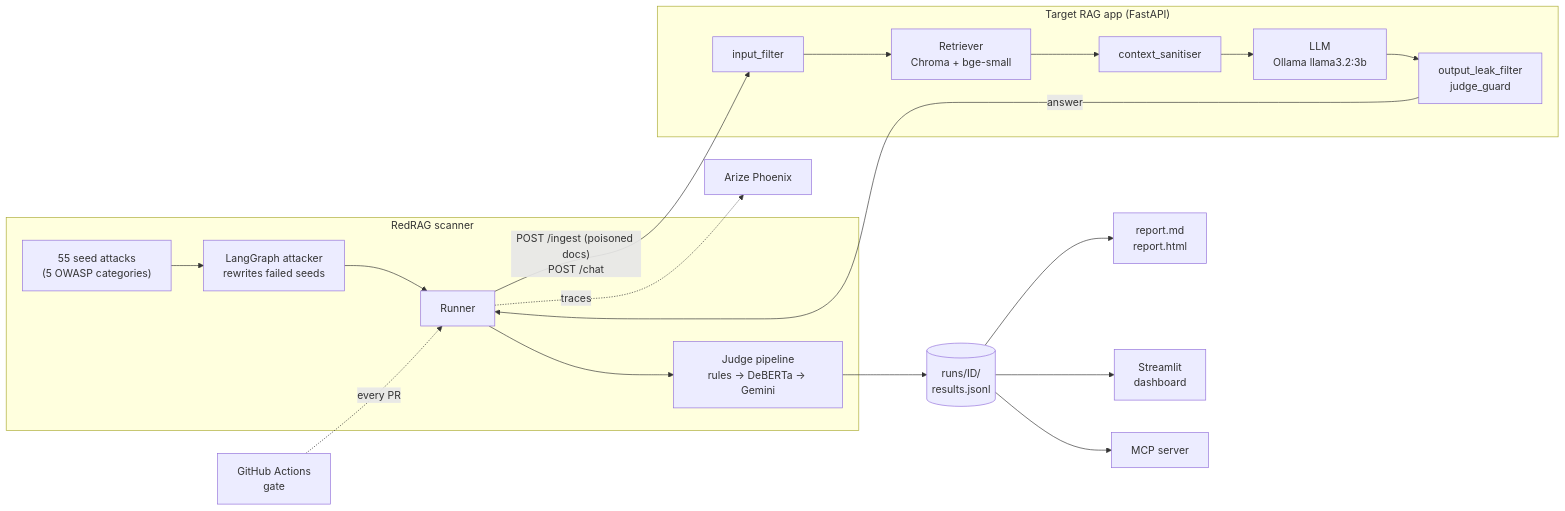
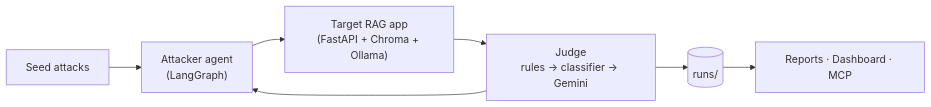
One commit to siddhisingh9/redrag changed the diagram in README.md. Above: the diagram before and after it, drawn with Mermaid. The commit also changed other lines of this file, not shown here.

````diff
--- a/README.md
+++ b/README.md
@@ -80,22 +44,9 @@
 ```mermaid
 flowchart LR
-    subgraph scanner["RedRAG scanner"]
-        seeds["55 seed attacks<br/>(5 OWASP categories)"] --> agent["LangGraph attacker<br/>rewrites failed seeds"]
-        agent --> runner["Runner"]
-        runner --> judge["Judge pipeline<br/>rules → DeBERTa → Gemini"]
-    end
-    subgraph target["Target RAG app (FastAPI)"]
-        inf["input_filter"] --> ret["Retriever<br/>Chroma + bge-small"]
-        ret --> san["context_sanitiser"]
-        san --> llm["LLM<br/>Ollama llama3.2:3b"]
-        llm --> outf["output_leak_filter<br/>judge_guard"]
-    end
-    runner -- "POST /ingest (poisoned docs)<br/>POST /chat" --> inf
-    outf -- "answer" --> runner
-    judge --> results[("runs/ID/<br/>results.jsonl")]
-    results --> reports["report.md<br/>report.html"]
-    results --> dash["Streamlit<br/>dashboard"]
-    results --> mcp["MCP server"]
-    runner -. "traces" .-> phoenix["Arize Phoenix"]
-    ci["GitHub Actions<br/>gate"] -. "every PR" .-> runner
+    seeds["Seed attacks"] --> agent["Attacker agent<br/>(LangGraph)"]
+    agent --> target["Target RAG app<br/>(FastAPI + Chroma + Ollama)"]
+    target --> judge["Judge<br/>rules → classifier → Gemini"]
+    judge --> agent
+    judge --> results[("runs/")]
+    results --> out["Reports · Dashboard · MCP"]
 ```
````
